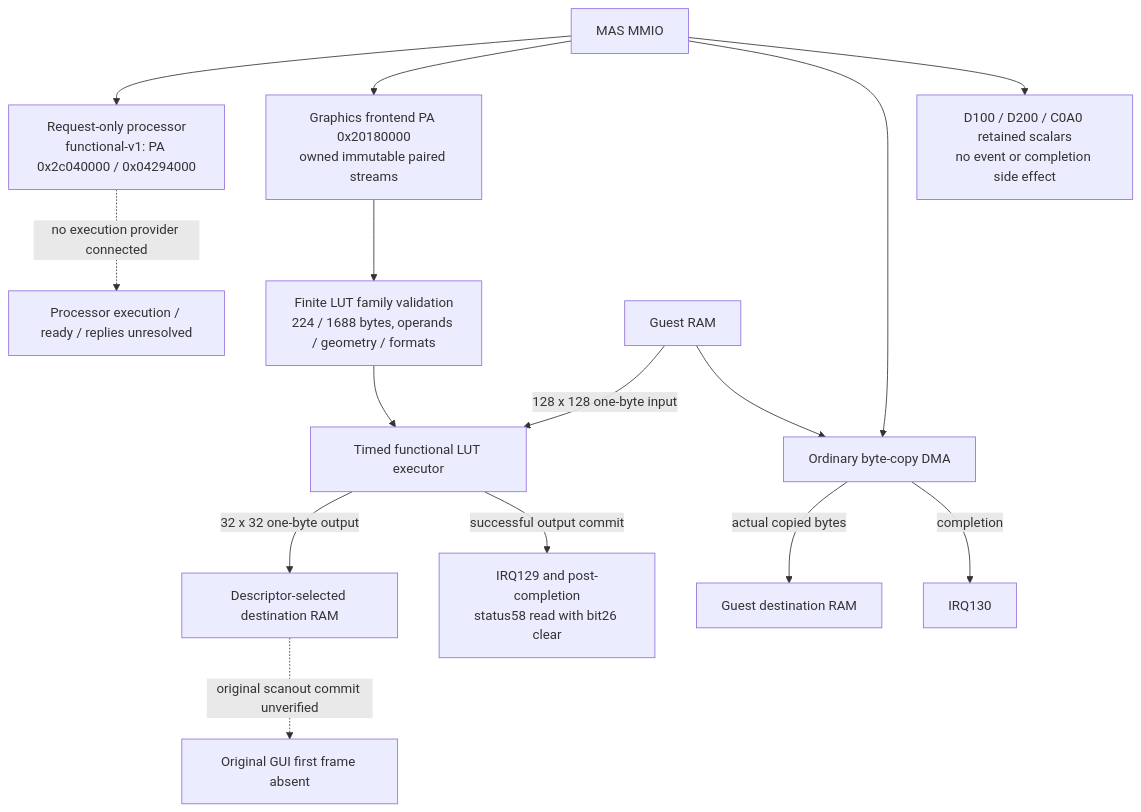
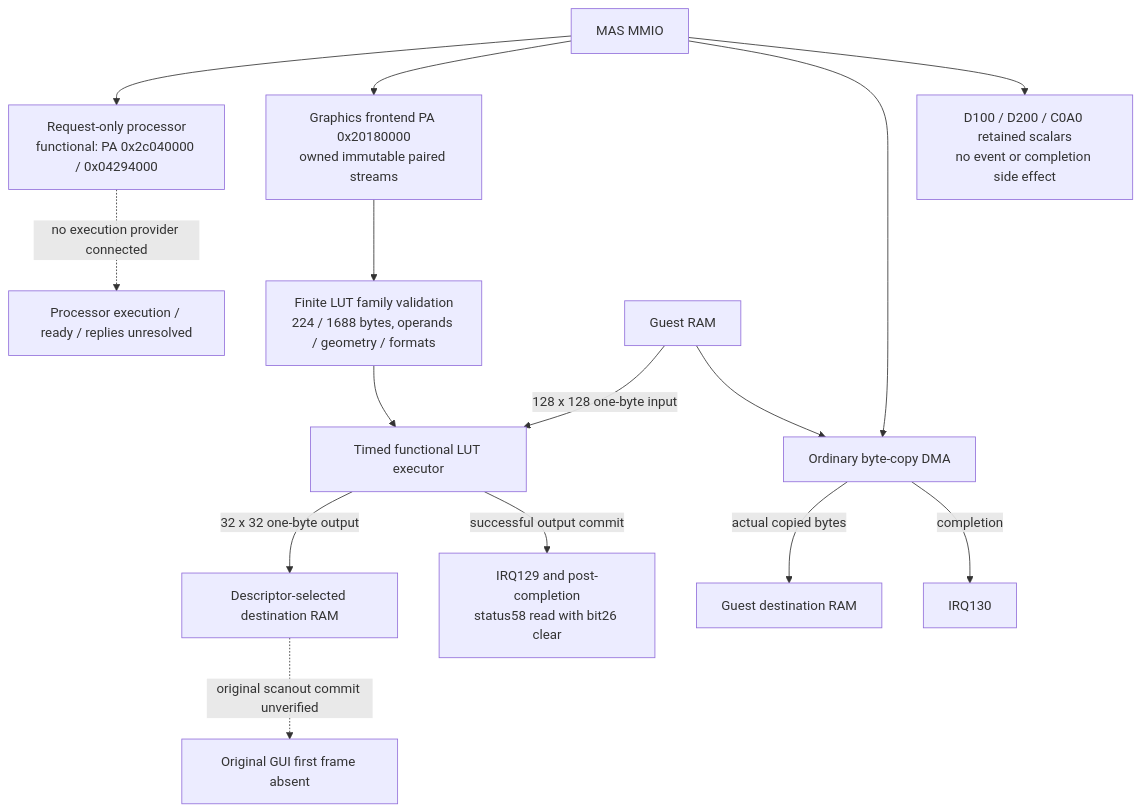
Before and after one commit to nightglasses/z7ii-qemu: the sixth of 6 diagrams in docs/architecture.md, drawn with Mermaid. The commit also changed other lines of this file and 24 other files, not shown here.

````diff
--- a/docs/architecture.md
+++ b/docs/architecture.md
@@ -191,18 +191,18 @@
 ```mermaid
 flowchart TD
-  MMIO["MAS MMIO"] --> Processor["Request-only processor<br/>functional-v1: PA 0x2c040000 / 0x04294000"]
+  MMIO["MAS MMIO"] --> Processor["Request-only processor<br/>functional: PA 0x2c040000 / 0x04294000"]
   Processor -. "no execution provider connected" .-> Execution["Processor execution / ready / replies unresolved"]
 
   MMIO --> Streams["Graphics frontend PA 0x20180000<br/>owned immutable paired streams"]
   Streams --> Validate["Finite LUT family validation<br/>224 / 1688 bytes, operands / geometry / formats"]
   RAM["Guest RAM"] -->|"128 x 128 one-byte input"| LUT["Timed functional LUT executor"]
   Validate --> LUT
   LUT -->|"32 x 32 one-byte output"| Output["Descriptor-selected destination RAM"]
   LUT -->|"successful output commit"| Done["IRQ129 and post-completion<br/>status58 read with bit26 clear"]
   MMIO --> Copy["Ordinary byte-copy DMA"]
   RAM --> Copy
   Copy -->|"actual copied bytes"| CopyOut["Guest destination RAM"]
   Copy -->|completion| IRQ130["IRQ130"]
   Output -. "original scanout commit unverified" .-> Frame["Original GUI first frame absent"]
   MMIO --> Scalars["D100 / D200 / C0A0 retained scalars<br/>no event or completion side effect"]
 ```
````
